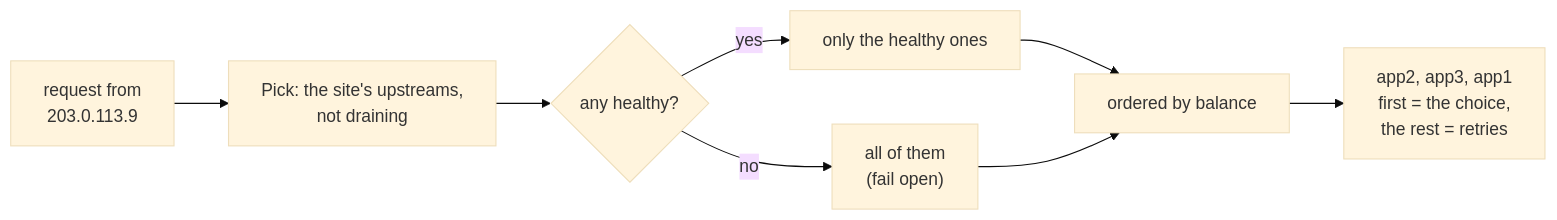
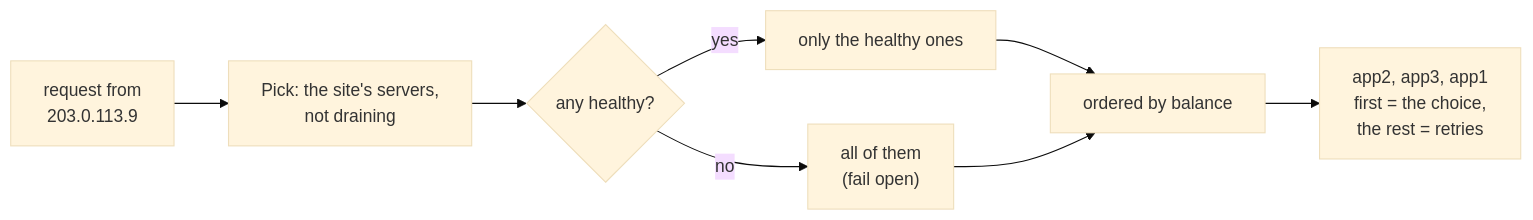
Before and after one commit to binwiederhier/ntlb: the third of 12 diagrams in docs/configuration.md, drawn with Mermaid (base theme). The commit also changed other lines of this file and 29 other files, not shown here.

````diff
--- a/docs/configuration.md
+++ b/docs/configuration.md
@@ -193,10 +214,10 @@
 ```mermaid
 flowchart LR
-    req["request from<br>203.0.113.9"] --> pick["Pick: the site's upstreams,<br>not draining"]
+    req["request from<br>203.0.113.9"] --> pick["Pick: the site's servers,<br>not draining"]
     pick --> healthy{"any healthy?"}
     healthy -- yes --> h["only the healthy ones"]
     healthy -- no --> all["all of them<br>(fail open)"]
     h --> order["ordered by balance"]
     all --> order
     order --> list["app2, app3, app1<br>first = the choice,<br>the rest = retries"]
 ```
````
